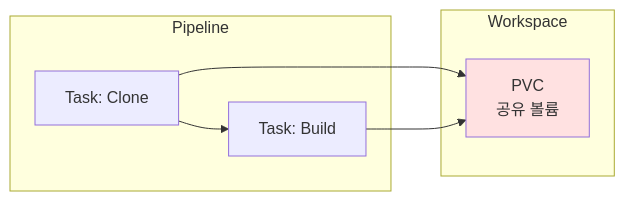
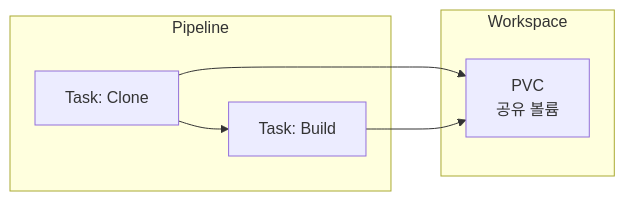
Before and after one commit to juwon8891/juwon8891.github.io: the ninth of 10 diagrams in docs/cicd/week2-helm-tekton.md, drawn with Mermaid. The commit also changed other lines of this file and 18 other files, not shown here.

Commit message:
Remove bright colors from Mermaid diagrams for dark mode compatibility

````diff
--- a/docs/cicd/week2-helm-tekton.md
+++ b/docs/cicd/week2-helm-tekton.md
@@ -1109,15 +1101,14 @@
 ```mermaid
 graph LR
     subgraph Pipeline
         T1[Task: Clone] --> T2[Task: Build]
     end
 
     subgraph Workspace
         W[PVC<br/>공유 볼륨]
     end
 
     T1 --> W
     T2 --> W
 
-    style W fill:#ffe1e1
 ```
````
